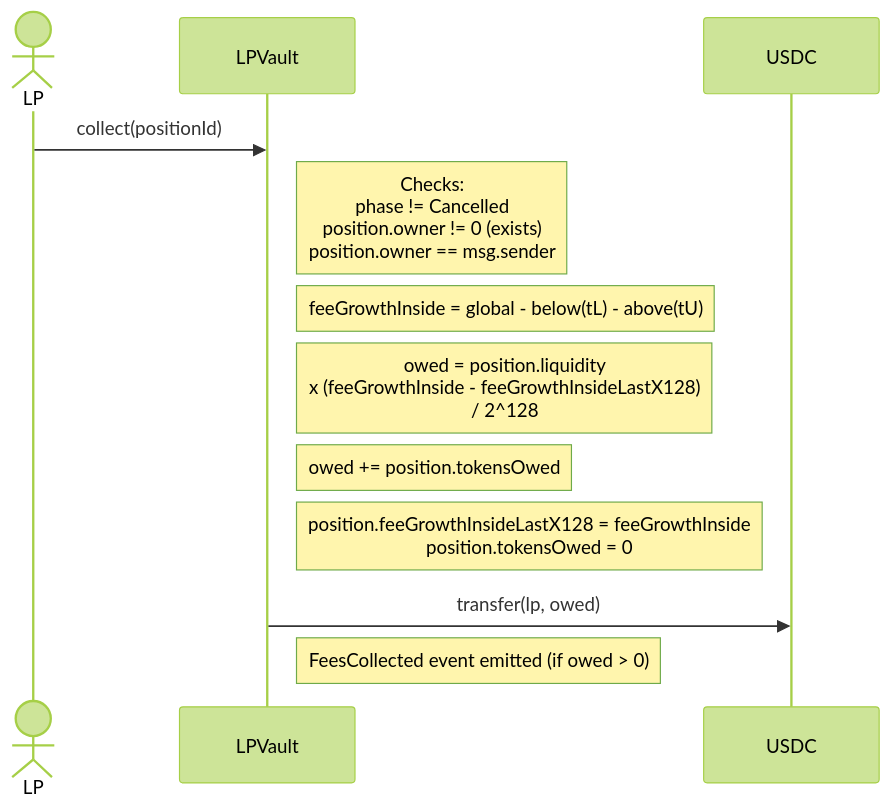
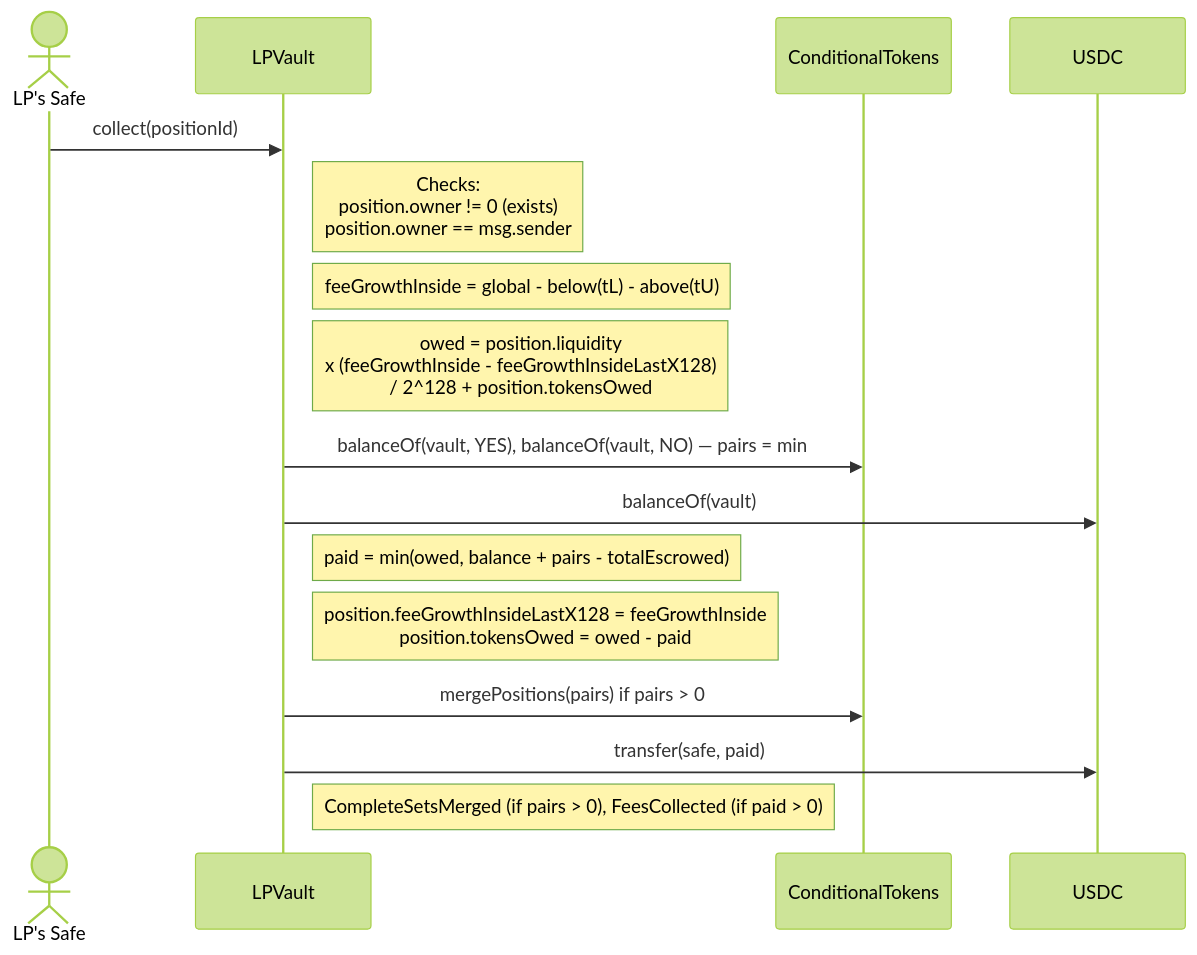
One commit to ProphetMarket/lp-vaults changed diagram 11 of 32 in REFERENCE.md. Above: the diagram before and after it, drawn with Mermaid (forest theme). The commit also changed other lines of this file and 3 other files, not shown here.

````diff
--- a/REFERENCE.md
+++ b/REFERENCE.md
@@ -555,15 +555,19 @@
 ```mermaid
 sequenceDiagram
-    actor LP
+    actor Safe as LP's Safe
     participant Vault as LPVault
+    participant CTF as ConditionalTokens
     participant USDC
 
-    LP->>Vault: collect(positionId)
-    Note right of Vault: Checks:<br/>phase != Cancelled<br/>position.owner != 0 (exists)<br/>position.owner == msg.sender
+    Safe->>Vault: collect(positionId)
+    Note right of Vault: Checks:<br/>position.owner != 0 (exists)<br/>position.owner == msg.sender
     Note right of Vault: feeGrowthInside = global - below(tL) - above(tU)
-    Note right of Vault: owed = position.liquidity<br/>    x (feeGrowthInside - feeGrowthInsideLastX128)<br/>    / 2^128
-    Note right of Vault: owed += position.tokensOwed
-    Note right of Vault: position.feeGrowthInsideLastX128 = feeGrowthInside<br/>position.tokensOwed = 0
-    Vault->>USDC: transfer(lp, owed)
-    Note right of Vault: FeesCollected event emitted (if owed > 0)
+    Note right of Vault: owed = position.liquidity<br/>    x (feeGrowthInside - feeGrowthInsideLastX128)<br/>    / 2^128 + position.tokensOwed
+    Vault->>CTF: balanceOf(vault, YES), balanceOf(vault, NO) — pairs = min
+    Vault->>USDC: balanceOf(vault)
+    Note right of Vault: paid = min(owed, balance + pairs - totalEscrowed)
+    Note right of Vault: position.feeGrowthInsideLastX128 = feeGrowthInside<br/>position.tokensOwed = owed - paid
+    Vault->>CTF: mergePositions(pairs) if pairs > 0
+    Vault->>USDC: transfer(safe, paid)
+    Note right of Vault: CompleteSetsMerged (if pairs > 0), FeesCollected (if paid > 0)
 ```
````
